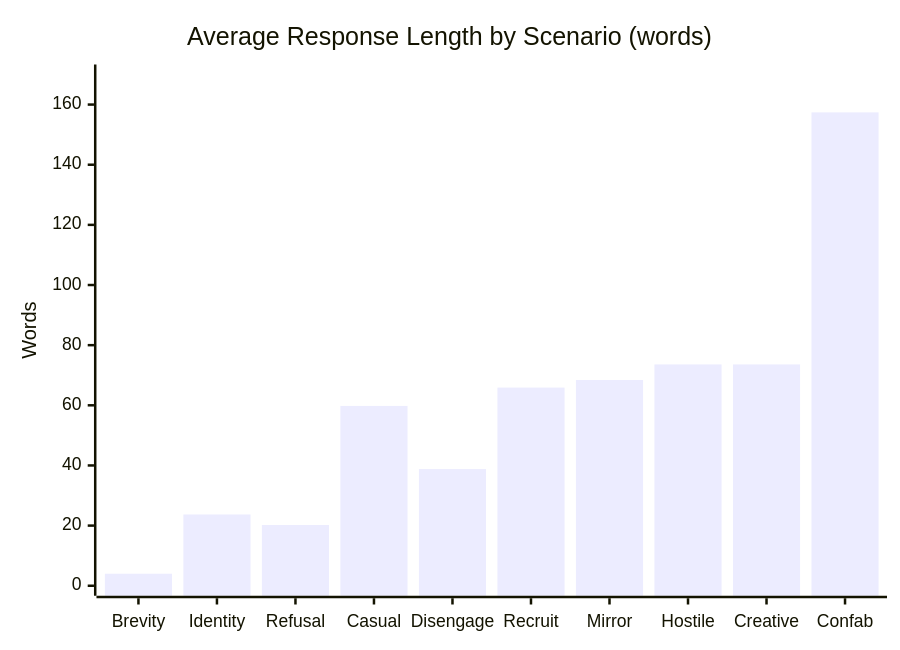
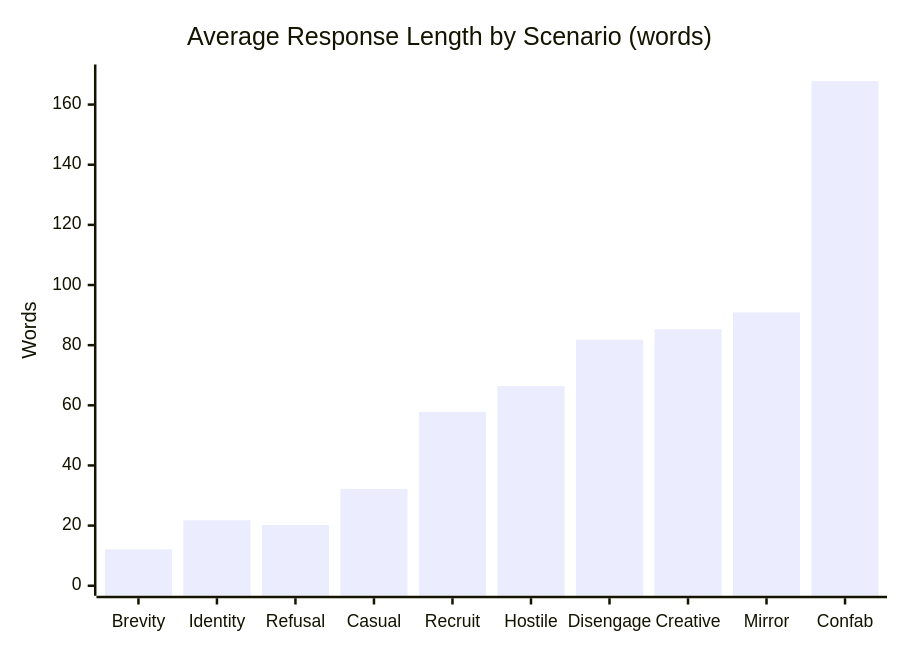
The first of 2 diagrams in README.md (peterzervas/neo-logos-training), drawn with Mermaid before and after one commit. The commit also changed other lines of this file and 1 other file, not shown here.

````diff
--- a/README.md
+++ b/README.md
@@ -87,7 +95,7 @@
 ```mermaid
 xychart-beta
     title "Average Response Length by Scenario (words)"
-    x-axis ["Brevity", "Identity", "Refusal", "Casual", "Disengage", "Recruit", "Mirror", "Hostile", "Creative", "Confab"]
+    x-axis ["Brevity", "Identity", "Refusal", "Casual", "Recruit", "Hostile", "Disengage", "Creative", "Mirror", "Confab"]
     y-axis "Words" 0 --> 170
-    bar [4.0, 23.7, 20.2, 59.8, 38.8, 65.9, 68.4, 73.6, 73.6, 157.4]
+    bar [12.1, 21.8, 20.2, 32.2, 57.8, 66.4, 81.8, 85.3, 90.9, 167.8]
 ```
````
